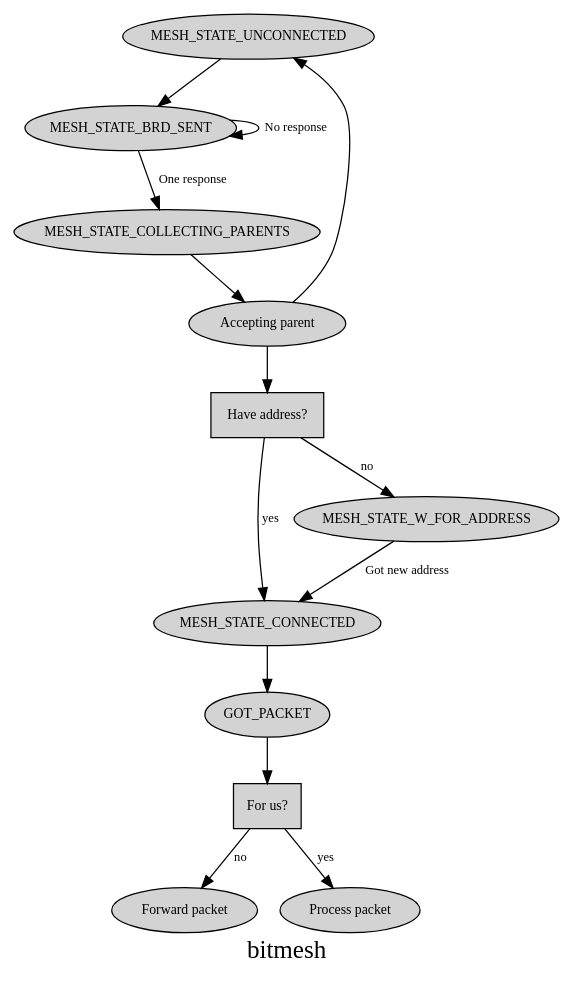
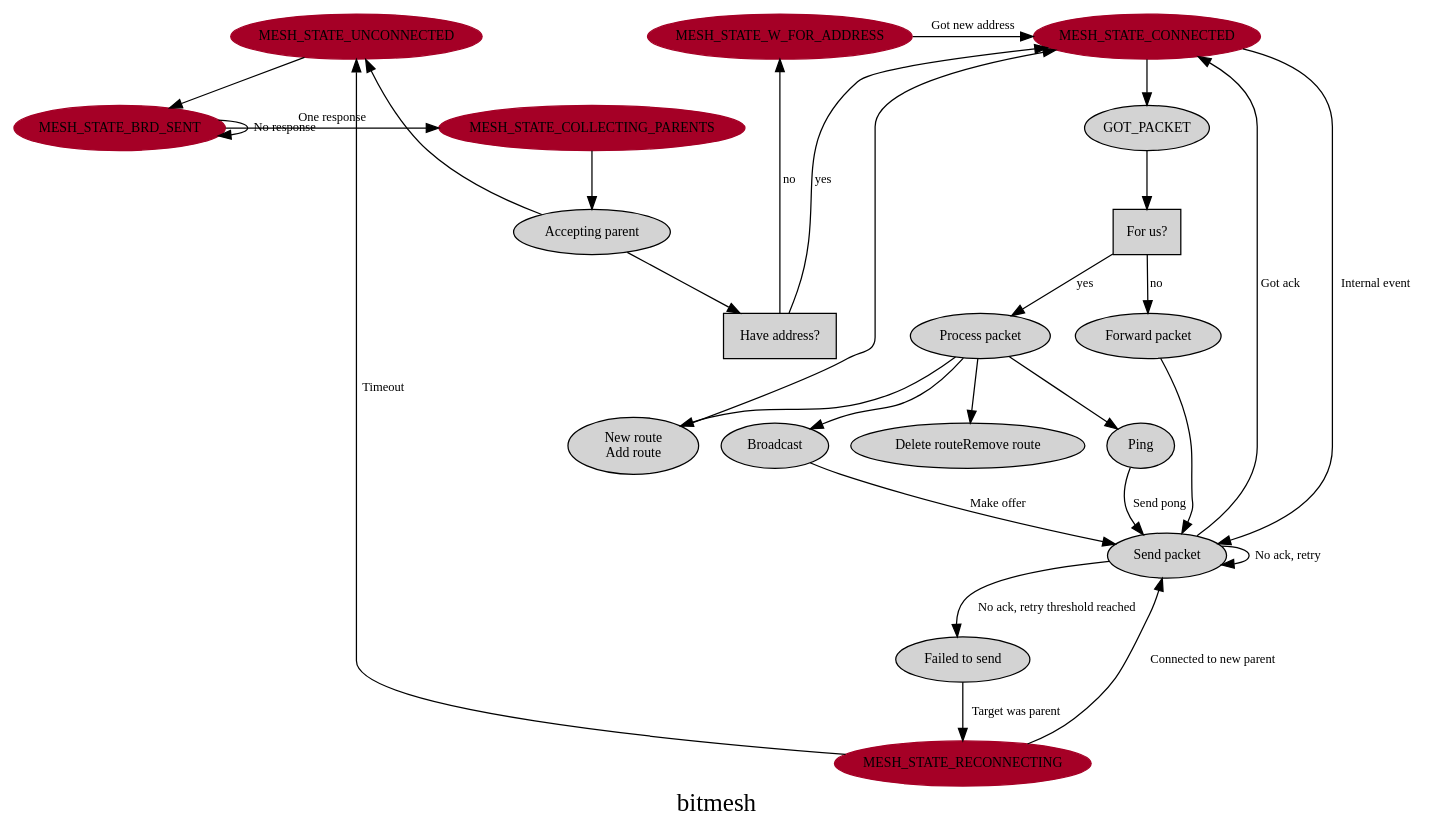
One commit to thebitflipper/bitmesh changed the diagram in docs/states.dot. Above: the diagram before and after it, drawn with Graphviz. The commit also changed 5 other files, not shown here.

```diff
--- a/docs/states.dot
+++ b/docs/states.dot
@@ -1,74 +1,127 @@
 digraph graph_name {
         graph [
     charset = "UTF-8";
     label = "bitmesh",
     // labelloc = "t",
     // labeljust = "c",
     // bgcolor = "#343434",
     // fontcolor = white,
     fontsize = 20,
     fontname = "Migu 1M",
     // style = "filled",
-    // rankdir = LR,
+    rankdir = TB,
     // margin = 1,
     // splines = spline,
     // ranksep = 1.0,
     // nodesep = 0.9
   ];
 
   node [
-    // colorscheme = "rdylgn11"
+    colorscheme = "rdylgn11"
     style = "solid,filled",
     fontsize = 11,
     // fontcolor = 6,
     fontname = "Migu 1M",
     // color = 7,
     // fillcolor = 11,
     // fixedsize = true,
     // height = 0.6,
     // width = 1.2
   ];
 
   edge [
     style = solid,
     fontsize = 10,
     // fontcolor = white,
     fontname = "Migu 1M",
     // color = white,
     // labelfloat = true,
     // labeldistance = 2.5,
     // labelangle = 70
   ];
 
+
   // node define
-  MESH_STATE_UNCONNECTED;
-  MESH_STATE_BRD_SENT;
-  MESH_STATE_CONNECTED;
-  MESH_STATE_W_FOR_ADDRESS;
-  MESH_STATE_COLLECTING_PARENTS;
-
+  MESH_STATE_UNCONNECTED [color=1];
+  MESH_STATE_BRD_SENT [color=1];
+  MESH_STATE_CONNECTED [color=1];
+  MESH_STATE_W_FOR_ADDRESS [color=1];
+  MESH_STATE_COLLECTING_PARENTS [color=1];
+  MESH_STATE_RECONNECTING [color=1];
 
   ACCEPT_PARENT [label="Accepting parent"];
   HAVE_ADDRESS [label="Have address?", shape=box]
   FOR_US        [label="For us?", shape=box]
   FORWARD_PACKET [label="Forward packet"]
   PROCESS_PACKET [label="Process packet"]
+  SEND_PACKET [label="Send packet"]
+  FAILED_TO_SEND [label="Failed to send"]
 
+  PACKET_NEW_ROUTE [label=" New route\nAdd route"]
+  PACKET_DEL_ROUTE [label=" Delete route\Remove route"]
+  PACKET_BROADCAST [label=" Broadcast"]
+  PACKET_PING      [label=" Ping"]
+  // subgraph {
+  //         rank = same; MESH_STATE_UNCONNECTED; MESH_STATE_BRD_SENT; MESH_STATE_CONNECTED; MESH_STATE_W_FOR_ADDRESS; MESH_STATE_COLLECTING_PARENTS; MESH_STATE_RECONNECTING;
+  // }
 
+  subgraph {
+          rank = same;
+          FORWARD_PACKET;
+          PROCESS_PACKET;
+  }
+
+  subgraph {
+          rank = same;
+          PACKET_BROADCAST;
+          PACKET_PING;
+          PACKET_NEW_ROUTE;
+          PACKET_DEL_ROUTE
+  }
+
+  subgraph {
+          rank = same;
+          MESH_STATE_W_FOR_ADDRESS;
+          MESH_STATE_CONNECTED;
+          MESH_STATE_UNCONNECTED;
+
+  }
+
+  subgraph {
+          rank = same;
+          MESH_STATE_COLLECTING_PARENTS;
+          MESH_STATE_BRD_SENT;
+
+  }
   // edge define
   MESH_STATE_UNCONNECTED -> MESH_STATE_BRD_SENT;
   MESH_STATE_BRD_SENT -> MESH_STATE_BRD_SENT [label="No response"];
   MESH_STATE_BRD_SENT -> MESH_STATE_COLLECTING_PARENTS [label="One response"];
   MESH_STATE_COLLECTING_PARENTS -> ACCEPT_PARENT;
   ACCEPT_PARENT -> MESH_STATE_UNCONNECTED;
   ACCEPT_PARENT -> HAVE_ADDRESS;
   HAVE_ADDRESS -> MESH_STATE_CONNECTED [label=" yes"];
   HAVE_ADDRESS -> MESH_STATE_W_FOR_ADDRESS [label=" no"];
   MESH_STATE_W_FOR_ADDRESS -> MESH_STATE_CONNECTED [label=" Got new address"]
   MESH_STATE_CONNECTED -> GOT_PACKET
   GOT_PACKET -> FOR_US
   FOR_US -> FORWARD_PACKET [label=" no"]
   FOR_US -> PROCESS_PACKET [label=" yes"]
+  FORWARD_PACKET -> SEND_PACKET
+  MESH_STATE_CONNECTED -> SEND_PACKET [label=" Internal event"]
+  SEND_PACKET -> MESH_STATE_CONNECTED [label=" Got ack"]
+  SEND_PACKET -> FAILED_TO_SEND [label=" No ack, retry threshold reached"]
+  SEND_PACKET -> SEND_PACKET [label=" No ack, retry"]
+  FAILED_TO_SEND -> MESH_STATE_RECONNECTING [label=" Target was parent"]
+  MESH_STATE_RECONNECTING -> MESH_STATE_UNCONNECTED [label=" Timeout "]
+  MESH_STATE_RECONNECTING -> SEND_PACKET [label=" Connected to new parent"]
 
+  PROCESS_PACKET -> PACKET_PING
+  PROCESS_PACKET -> PACKET_BROADCAST
+  PACKET_BROADCAST -> SEND_PACKET [label=" Make offer"]
+  PACKET_PING -> SEND_PACKET [label=" Send pong"]
+  PROCESS_PACKET -> PACKET_NEW_ROUTE
+  PACKET_NEW_ROUTE -> MESH_STATE_CONNECTED
+  PROCESS_PACKET -> PACKET_DEL_ROUTE
 
 }
```
